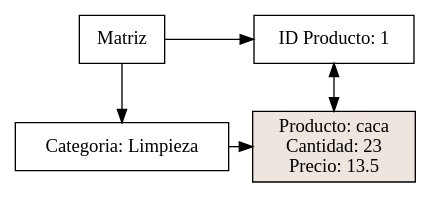
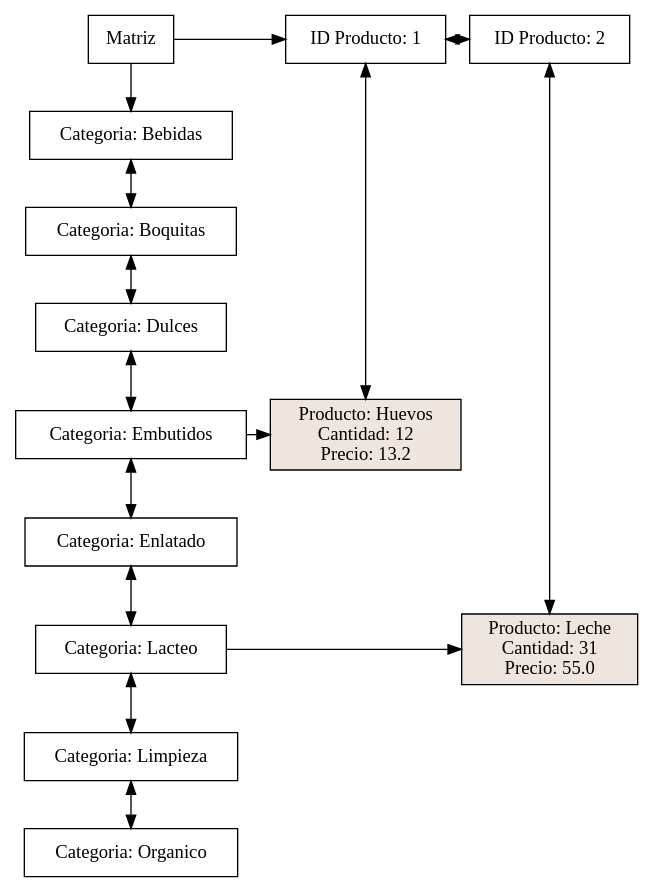
The diagram in Proyecto_Clase/Matriz_inventario.dot (Eduardo01004/Proyecto_Clase_EDD), drawn with Graphviz before and after one commit. The commit also changed 45 other files, not shown here.

```diff
--- a/Proyecto_Clase/Matriz_inventario.dot
+++ b/Proyecto_Clase/Matriz_inventario.dot
@@ -1,17 +1,40 @@
 digraph G{
 node [shape = box]
 raiz[label="Matriz"  group=1];
-418712999 [label="Categoria: Limpieza" group = 1];
-1216803888 [label="ID Producto: 1" group = 3];
-raiz ->418712999
-raiz ->1216803888
+1882024626 [label="Categoria: Bebidas" group = 1];
+1516575667 [label="Categoria: Boquitas" group = 1];
+1120436845 [label="Categoria: Dulces" group = 1];
+182012127 [label="Categoria: Embutidos" group = 1];
+1668568105 [label="Categoria: Enlatado" group = 1];
+289305463 [label="Categoria: Lacteo" group = 1];
+400769239 [label="Categoria: Limpieza" group = 1];
+1463577924 [label="Categoria: Organico" group = 1];
+1882024626->1516575667[dir=both];
+1516575667->1120436845[dir=both];
+1120436845->182012127[dir=both];
+182012127->1668568105[dir=both];
+1668568105->289305463[dir=both];
+289305463->400769239[dir=both];
+400769239->1463577924[dir=both];
+649193886 [label="ID Producto: 1" group = 3];
+249519909 [label="ID Producto: 2" group = 4];
+649193886->249519909[dir=both];
+raiz ->1882024626
+raiz ->649193886
 { rank  = same; raiz 
-1216803888;
+649193886;
+249519909;
 }
-637853966 [style=filled,fillcolor=seashell2,label= "Producto: caca&#92;n Cantidad: 23&#92;n Precio: 13.5" group = 3 ];
-418712999->637853966
-{ rank = same; 418712999;
-637853966;
+184222762 [style=filled,fillcolor=seashell2,label= "Producto: Huevos&#92;n Cantidad: 12&#92;n Precio: 13.2" group = 3 ];
+1263047086 [style=filled,fillcolor=seashell2,label= "Producto: Leche&#92;n Cantidad: 31&#92;n Precio: 55.0" group = 4 ];
+182012127->184222762
+{ rank = same; 182012127;
+184222762;
 }
-1216803888->637853966[dir=both];
+289305463->1263047086
+{ rank = same; 289305463;
+1263047086;
 }
+649193886->184222762[dir=both];
+249519909->1263047086[dir=both];
+}
```
